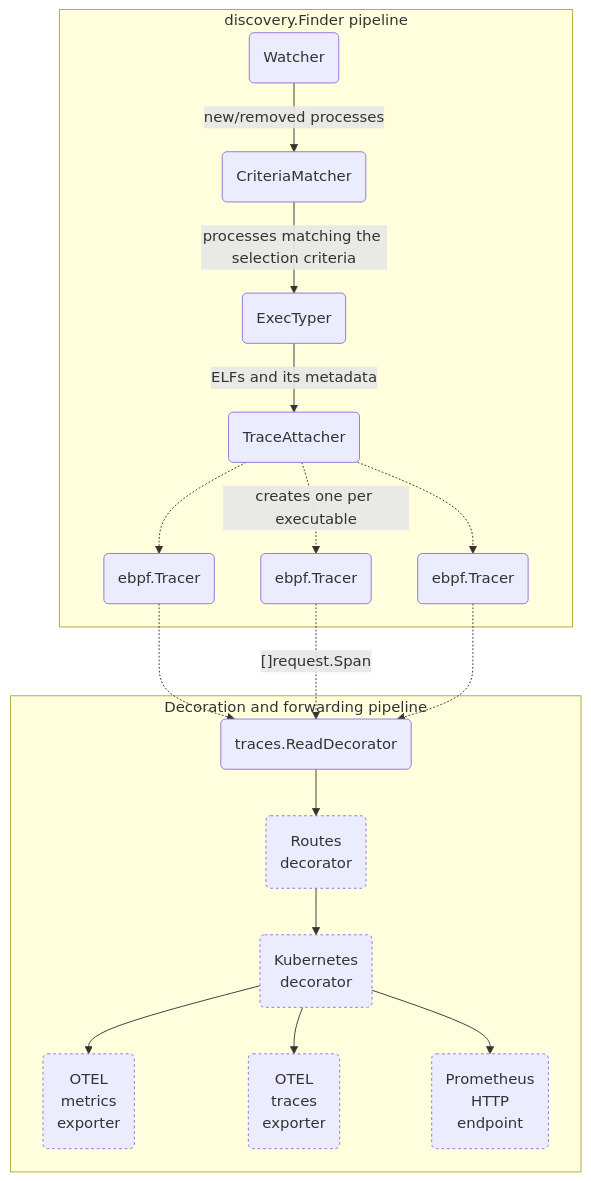
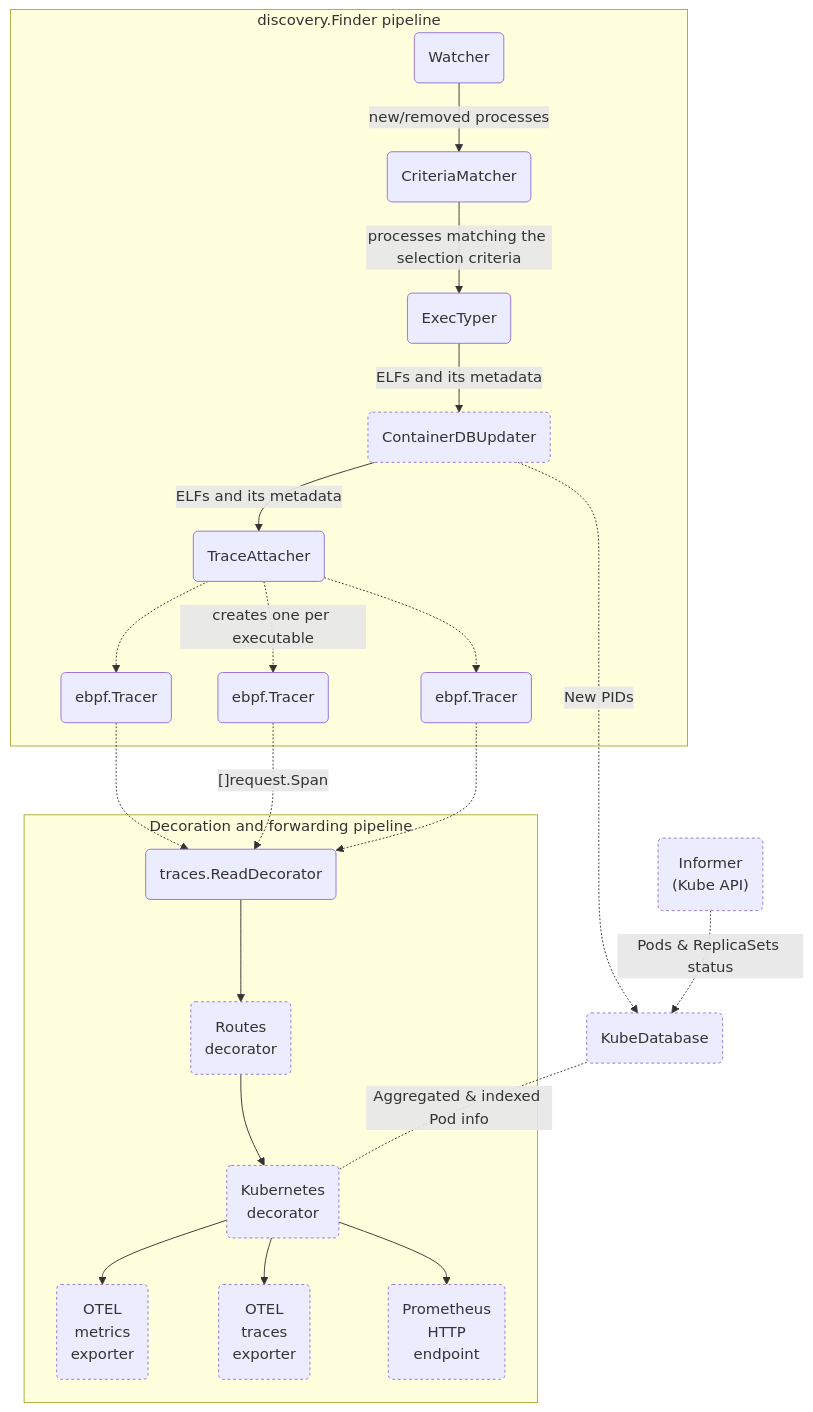
Before and after one commit to grafana/beyla: the diagram in devdocs/pipeline-map.md, drawn with Mermaid. The commit also changed 4 other files, not shown here.

````diff
--- a/devdocs/pipeline-map.md
+++ b/devdocs/pipeline-map.md
@@ -9,28 +11,34 @@
 ```mermaid
 flowchart TD
     subgraph discovery.Finder pipeline
         W(Watcher) --> |new/removed processes| CM(CriteriaMatcher)
         CM --> |processes matching the selection criteria| ET(ExecTyper)
-        ET --> |ELFs and its metadata| TA(TraceAttacher)
-        TA -.-> EBPF1(ebpf.Tracer)
+        ET --> |ELFs and its metadata| CU
+        CU(ContainerDBUpdater) --> |ELFs and its metadata| TA
+        TA(TraceAttacher) -.-> EBPF1(ebpf.Tracer)
         TA -.-> |creates one per executable| EBPF2(ebpf.Tracer)
         TA -.-> EBPF3(ebpf.Tracer)
+        style CU stroke-dasharray: 3 3;
     end
-
     subgraph Decoration and forwarding pipeline
         EBPF1 -.-> TR
         EBPF2 -.-> |"[]request.Span"| TR
         EBPF3 -.-> TR
         TR(traces.ReadDecorator) --> ROUT(Routes<br/>decorator)
         ROUT --> KD(Kubernetes<br/>decorator)
 
         KD --> OTELM(OTEL<br/> metrics<br/> exporter)
         KD --> OTELT(OTEL<br/> traces<br/> exporter)
         KD --> PROM(Prometheus<br/>HTTP<br/>endpoint)
         style ROUT stroke-dasharray: 3 3;
         style KD stroke-dasharray: 3 3;
         style OTELM stroke-dasharray: 3 3;
         style OTELT stroke-dasharray: 3 3;
         style PROM stroke-dasharray: 3 3;
     end
+    CU -.-> |New PIDs| KDB
+    KDB(KubeDatabase) <-.- | Aggregated & indexed Pod info | KD
+    IF(Informer<br/>&lpar;Kube API&rpar;) -.-> |Pods & ReplicaSets status| KDB
+    style IF stroke-dasharray: 3 3;
+    style KDB stroke-dasharray: 3 3;
 ```
````
